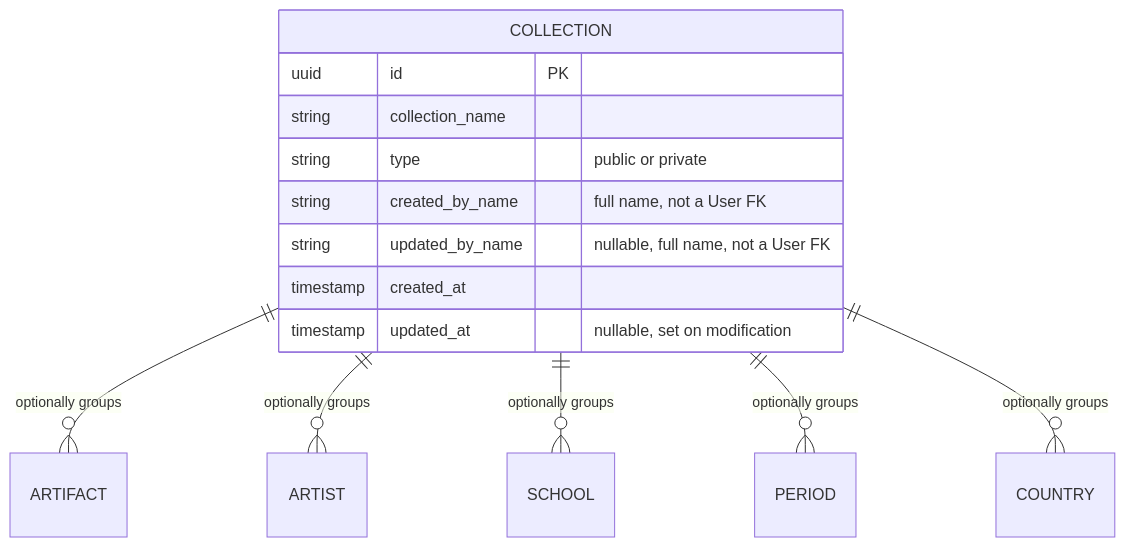
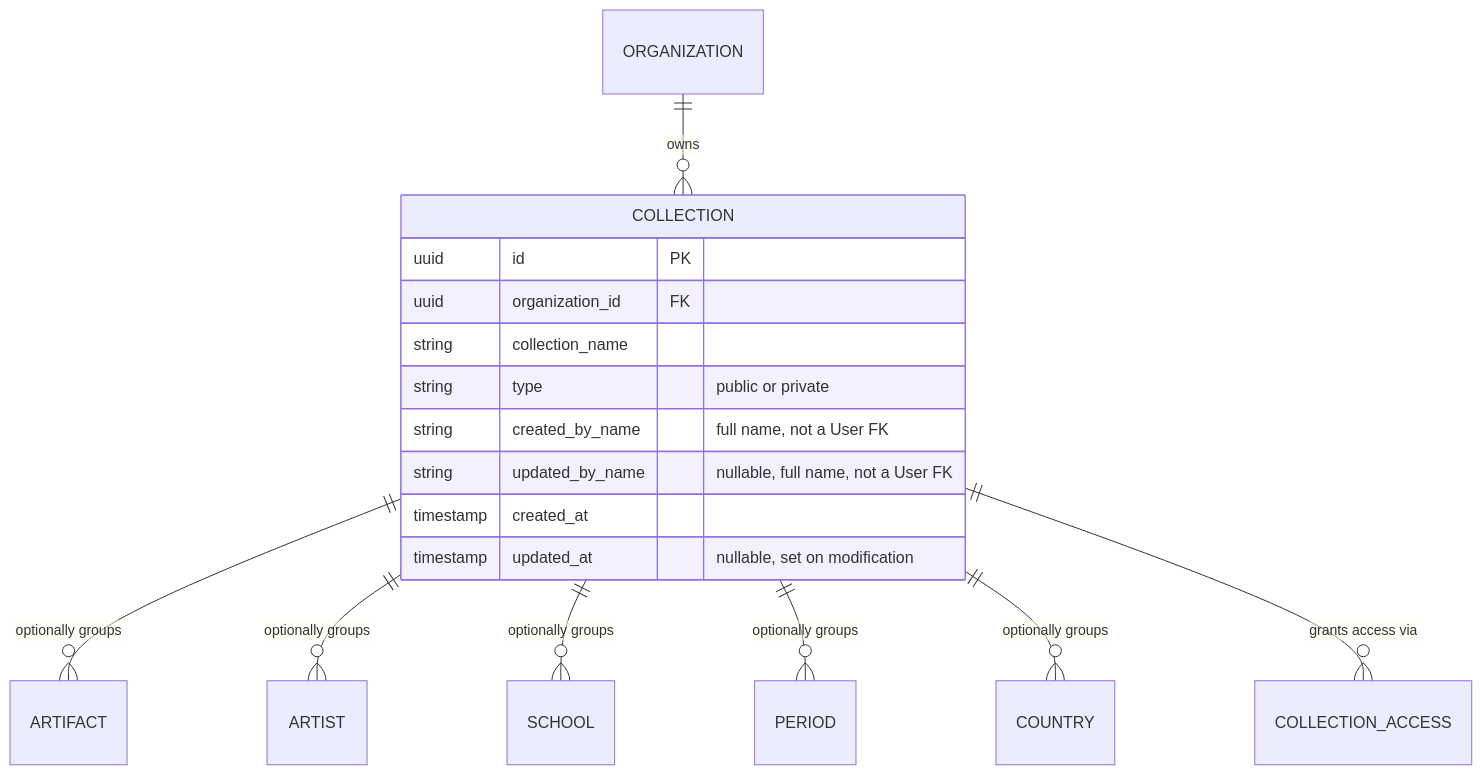
Before and after one commit to gdavydov/Artium-AI: the third of 15 diagrams in Artium-Gallery_Design_Document.md, drawn with Mermaid. The commit also changed other lines of this file and 5 other files, not shown here.

````diff
--- a/Artium-Gallery_Design_Document.md
+++ b/Artium-Gallery_Design_Document.md
@@ -909,18 +1017,21 @@
 ```mermaid
 erDiagram
   COLLECTION ||--o{ ARTIFACT : "optionally groups"
   COLLECTION ||--o{ ARTIST : "optionally groups"
   COLLECTION ||--o{ SCHOOL : "optionally groups"
   COLLECTION ||--o{ PERIOD : "optionally groups"
   COLLECTION ||--o{ COUNTRY : "optionally groups"
+  ORGANIZATION ||--o{ COLLECTION : "owns"
+  COLLECTION ||--o{ COLLECTION_ACCESS : "grants access via"
 
   COLLECTION {
     uuid id PK
+    uuid organization_id FK
     string collection_name
     string type "public or private"
     string created_by_name "full name, not a User FK"
     string updated_by_name "nullable, full name, not a User FK"
     timestamp created_at
     timestamp updated_at "nullable, set on modification"
   }
 ```
````
